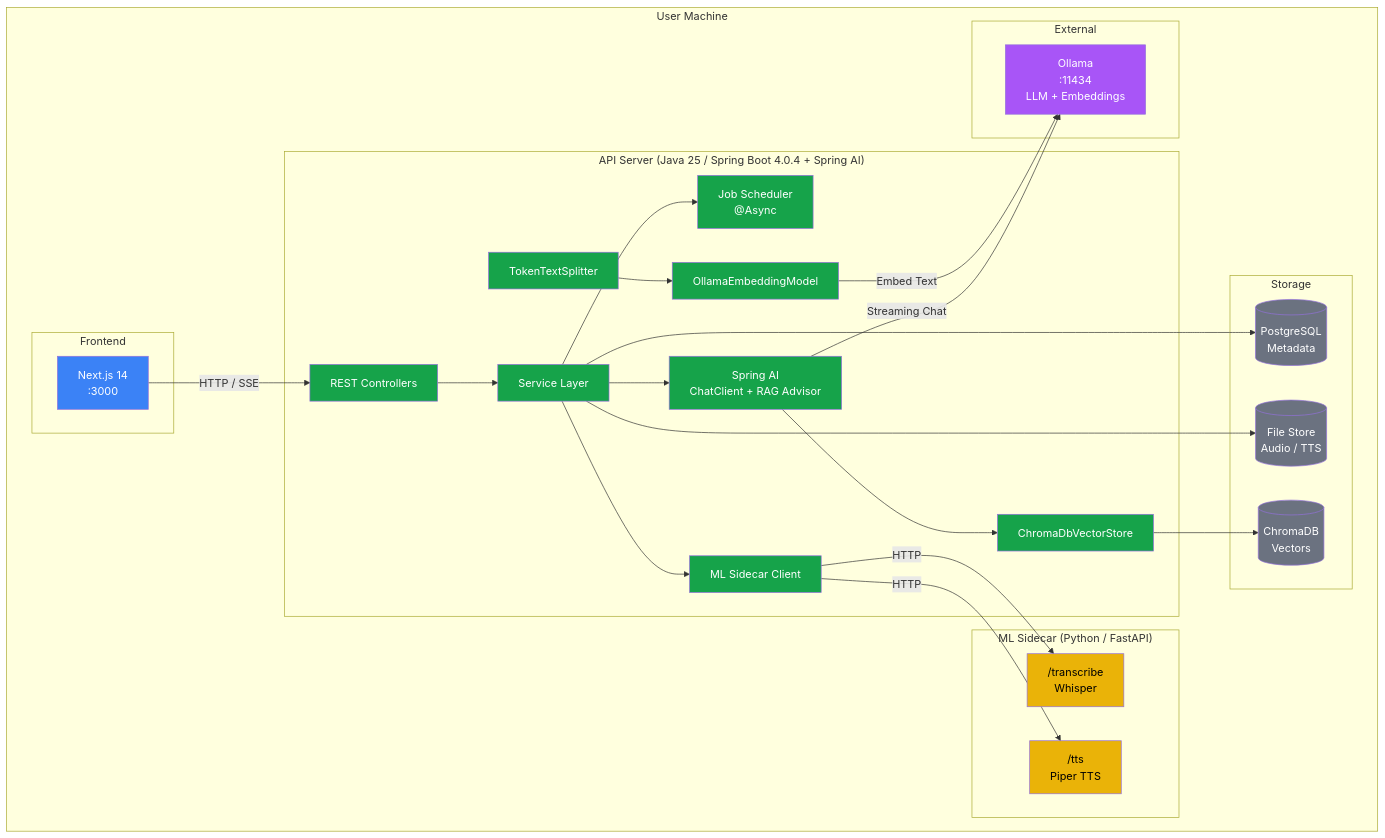
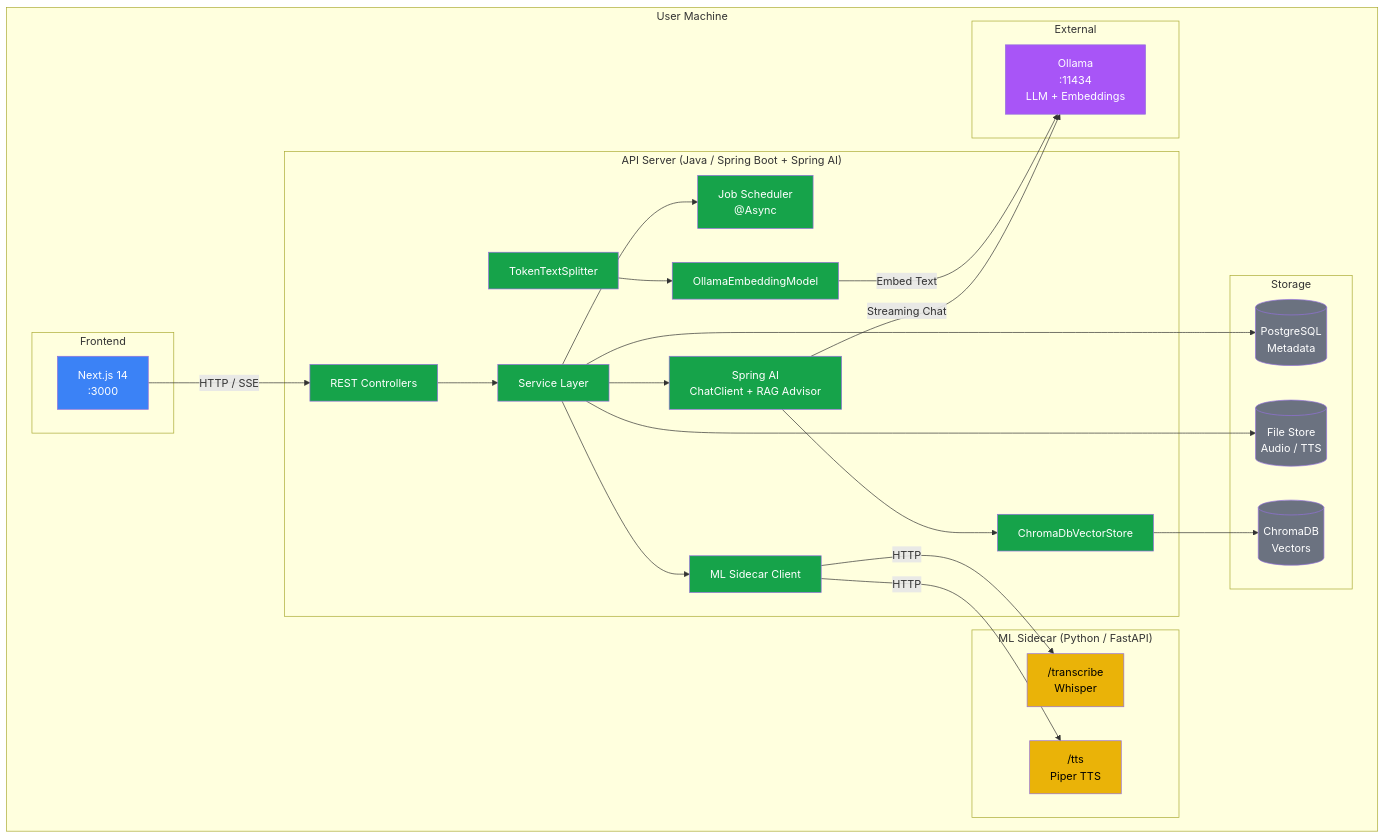
The first of 7 diagrams in docs/DIAGRAMS.md (jsohi/localloom), drawn with Mermaid before and after one commit. The commit also changed other lines of this file, not shown here.

First line of the commit message:
Fix PR review: use high-level labels in sequence diagrams

````diff
--- a/docs/DIAGRAMS.md
+++ b/docs/DIAGRAMS.md
@@ -5,67 +7,67 @@
 ```mermaid
 graph TB
     subgraph User Machine
         subgraph Frontend
             UI[Next.js 14<br/>:3000]
         end
 
-        subgraph API["API Server (Java 25 / Spring Boot 4.0.4 + Spring AI)"]
+        subgraph API["API Server (Java / Spring Boot + Spring AI)"]
             Controllers[REST Controllers]
             Services[Service Layer]
             Jobs[Job Scheduler<br/>@Async]
             SpringAI[Spring AI<br/>ChatClient + RAG Advisor]
             EmbedModel[OllamaEmbeddingModel]
             VectorStore[ChromaDbVectorStore]
             Chunker[TokenTextSplitter]
             SidecarClient[ML Sidecar Client]
         end
 
         subgraph MLSidecar["ML Sidecar (Python / FastAPI)"]
             Transcribe["/transcribe<br/>Whisper"]
             TTS["/tts<br/>Piper TTS"]
         end
 
         subgraph Storage
             DB[(PostgreSQL<br/>Metadata)]
             Chroma[(ChromaDB<br/>Vectors)]
             Files[(File Store<br/>Audio / TTS)]
         end
 
         subgraph External
             Ollama[Ollama<br/>:11434<br/>LLM + Embeddings]
         end
     end
 
     UI -->|HTTP / SSE| Controllers
     Controllers --> Services
     Services --> Jobs
     Services --> SpringAI
     Services --> SidecarClient
     Services --> DB
     Services --> Files
 
     SpringAI -->|Streaming Chat| Ollama
     EmbedModel -->|Embed Text| Ollama
     VectorStore --> Chroma
     Chunker --> EmbedModel
     SpringAI --> VectorStore
 
     SidecarClient -->|HTTP| Transcribe
     SidecarClient -->|HTTP| TTS
 
     style UI fill:#3b82f6,color:#fff
     style Controllers fill:#16a34a,color:#fff
     style Services fill:#16a34a,color:#fff
     style Jobs fill:#16a34a,color:#fff
     style SpringAI fill:#16a34a,color:#fff
     style EmbedModel fill:#16a34a,color:#fff
     style VectorStore fill:#16a34a,color:#fff
     style Chunker fill:#16a34a,color:#fff
     style SidecarClient fill:#16a34a,color:#fff
     style Transcribe fill:#eab308,color:#000
     style TTS fill:#eab308,color:#000
     style Ollama fill:#a855f7,color:#fff
     style DB fill:#6b7280,color:#fff
     style Chroma fill:#6b7280,color:#fff
     style Files fill:#6b7280,color:#fff
 ```
````
